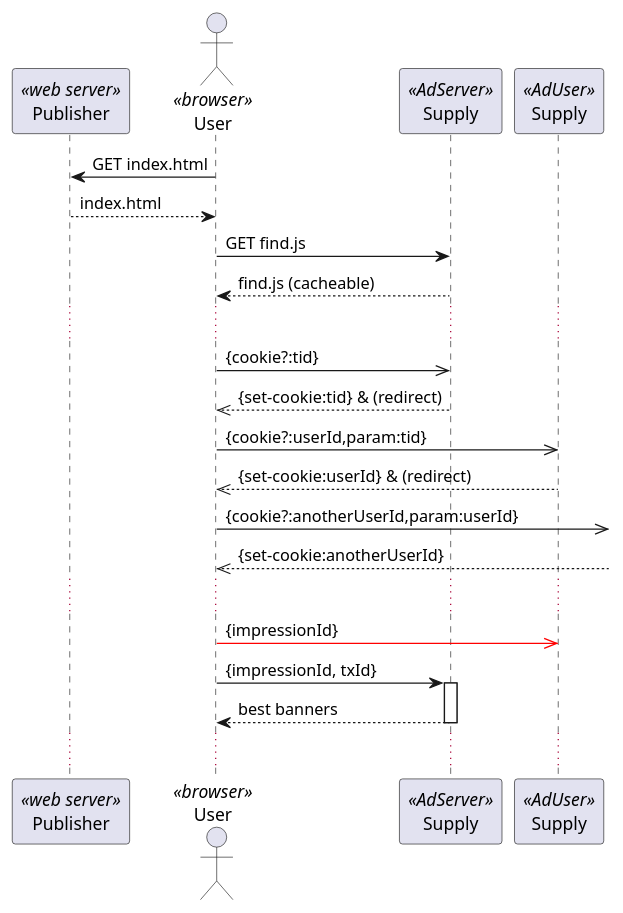
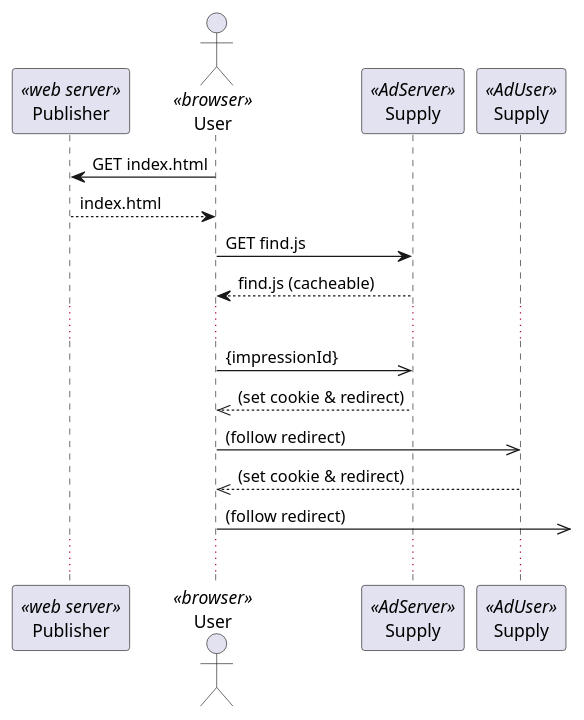
Before and after one commit to adshares/adserver: the diagram in docs/publisher-flow.puml, drawn with PlantUML. The commit also changed 2 other files, not shown here.

```diff
--- a/docs/publisher-flow.puml
+++ b/docs/publisher-flow.puml
@@ -1,31 +1,24 @@
 @startuml
 participant Publisher << web server >>
 actor User << browser >>
 participant Supply as Supply << AdServer >>
 participant Supply as SupplyU << AdUser >>
  
 User -> Publisher: GET index.html
 User <-- Publisher: index.html
 
 User -> Supply: GET find.js
 User <-- Supply: find.js (cacheable)
 
 ...
 
-User ->> Supply: {cookie?:tid}
-Supply -->> User: {set-cookie:tid} & (redirect)
-User ->> SupplyU: {cookie?:userId,param:tid}
-SupplyU -->> User: {set-cookie:userId} & (redirect)
-User ->>]: {cookie?:anotherUserId,param:userId}
-]-->> User: {set-cookie:anotherUserId}
+User ->> Supply  : {impressionId}
+User <<-- Supply : (set cookie & redirect)
+User  ->> SupplyU: (follow redirect)
+User <<-- SupplyU: (set cookie & redirect)
+User ->>]       : (follow redirect)
 
 ...
 
-User -[#red]>> SupplyU: {impressionId}
-User -> Supply: {impressionId, txId}
-activate Supply
-User <-- Supply: best banners
-deactivate Supply
-...
 
 @enduml
```
